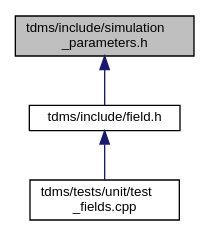
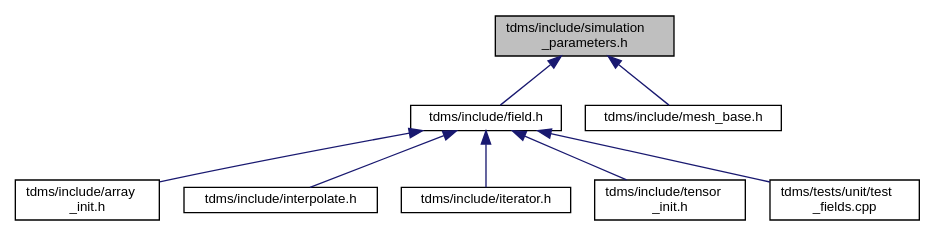
Before and after one commit to UCL/TDMS: the diagram in simulation__parameters_8h__dep__incl.dot, drawn with Graphviz. The commit also changed 386 other files, not shown here.

```diff
--- a/simulation__parameters_8h__dep__incl.dot
+++ b/simulation__parameters_8h__dep__incl.dot
@@ -1,11 +1,21 @@
 digraph "tdms/include/simulation_parameters.h"
 {
  // LATEX_PDF_SIZE
   edge [fontname="Helvetica",fontsize="10",labelfontname="Helvetica",labelfontsize="10"];
   node [fontname="Helvetica",fontsize="10",shape=record];
   Node1 [label="tdms/include/simulation\l_parameters.h",height=0.2,width=0.4,color="black", fillcolor="grey75", style="filled", fontcolor="black",tooltip="Classes collecting parameters for the simulation."];
   Node1 -> Node2 [dir="back",color="midnightblue",fontsize="10",style="solid",fontname="Helvetica"];
   Node2 [label="tdms/include/field.h",height=0.2,width=0.4,color="black", fillcolor="white", style="filled",URL="$field_8h.html",tooltip="Classes for the electric and magnetic (split) fields on a grid."];
   Node2 -> Node3 [dir="back",color="midnightblue",fontsize="10",style="solid",fontname="Helvetica"];
-  Node3 [label="tdms/tests/unit/test\l_fields.cpp",height=0.2,width=0.4,color="black", fillcolor="white", style="filled",URL="$test__fields_8cpp.html",tooltip="Test of the Field class and subclasses."];
+  Node3 [label="tdms/include/array\l_init.h",height=0.2,width=0.4,color="black", fillcolor="white", style="filled",URL="$array__init_8h_source.html",tooltip=" "];
+  Node2 -> Node4 [dir="back",color="midnightblue",fontsize="10",style="solid",fontname="Helvetica"];
+  Node4 [label="tdms/include/interpolate.h",height=0.2,width=0.4,color="black", fillcolor="white", style="filled",URL="$interpolate_8h.html",tooltip="Interpolation of field values within FDTD grid."];
+  Node2 -> Node5 [dir="back",color="midnightblue",fontsize="10",style="solid",fontname="Helvetica"];
+  Node5 [label="tdms/include/iterator.h",height=0.2,width=0.4,color="black", fillcolor="white", style="filled",URL="$iterator_8h.html",tooltip="The main time propogation algorithm."];
+  Node2 -> Node6 [dir="back",color="midnightblue",fontsize="10",style="solid",fontname="Helvetica"];
+  Node6 [label="tdms/include/tensor\l_init.h",height=0.2,width=0.4,color="black", fillcolor="white", style="filled",URL="$tensor__init_8h_source.html",tooltip=" "];
+  Node2 -> Node7 [dir="back",color="midnightblue",fontsize="10",style="solid",fontname="Helvetica"];
+  Node7 [label="tdms/tests/unit/test\l_fields.cpp",height=0.2,width=0.4,color="black", fillcolor="white", style="filled",URL="$test__fields_8cpp.html",tooltip="Test of the Field class and subclasses."];
+  Node1 -> Node8 [dir="back",color="midnightblue",fontsize="10",style="solid",fontname="Helvetica"];
+  Node8 [label="tdms/include/mesh_base.h",height=0.2,width=0.4,color="black", fillcolor="white", style="filled",URL="$mesh__base_8h.html",tooltip="TODO: what are these functions?"];
 }
```
